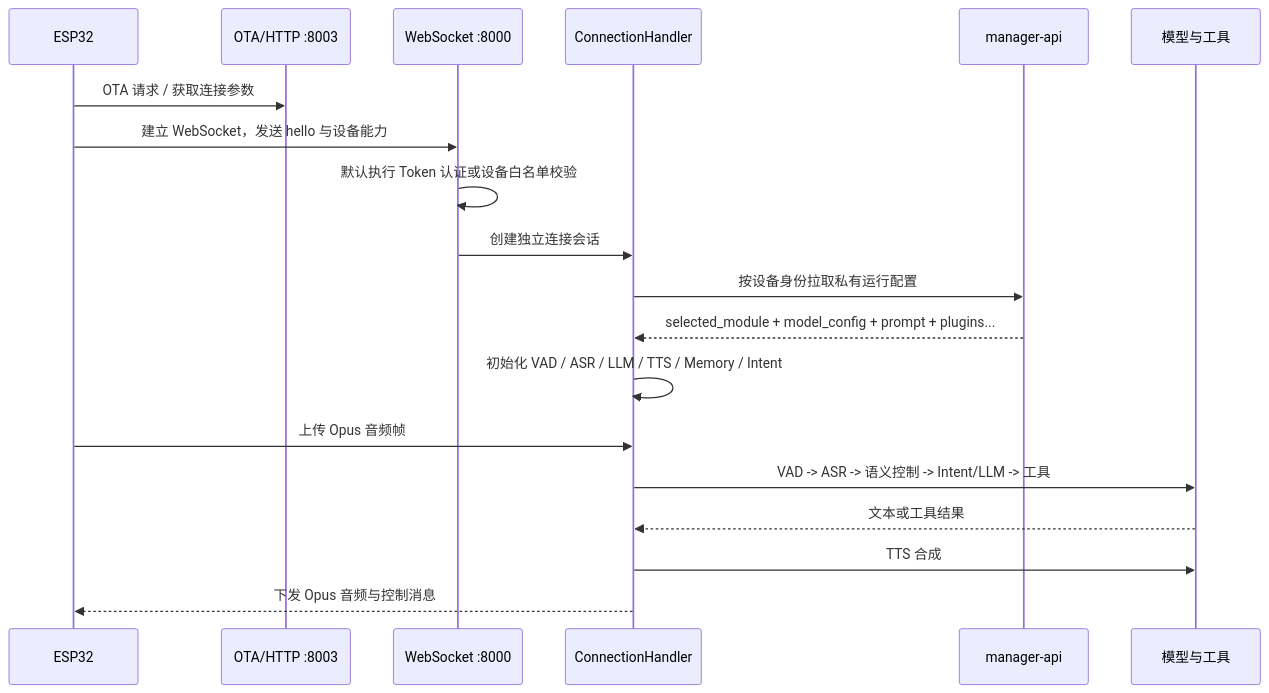
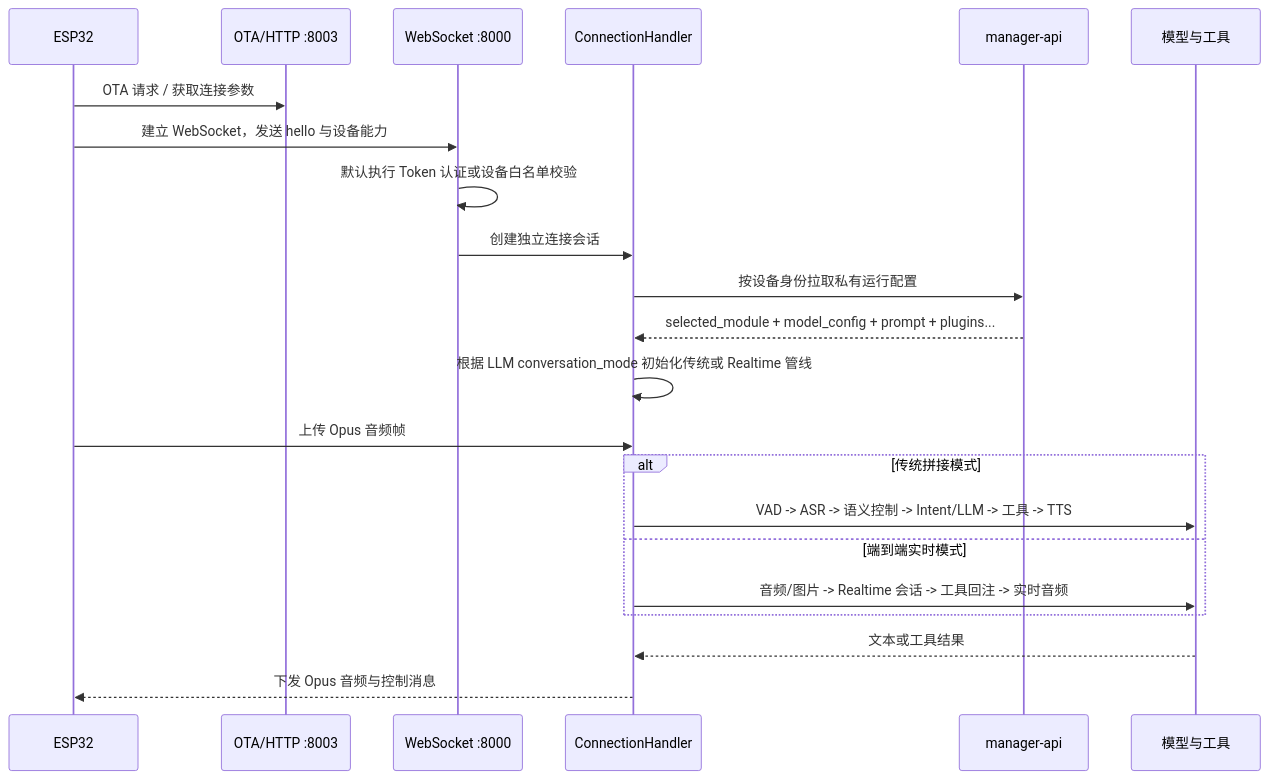
The third of 3 diagrams in docs/architecture/project-architecture.md (ruirui688/xiaozhiserver), drawn with Mermaid before and after one commit. The commit also changed other lines of this file and 58 other files, not shown here.

````diff
--- a/docs/architecture/project-architecture.md
+++ b/docs/architecture/project-architecture.md
@@ -106,22 +119,25 @@
 ```mermaid
 sequenceDiagram
     participant D as ESP32
     participant O as OTA/HTTP :8003
     participant W as WebSocket :8000
     participant C as ConnectionHandler
     participant A as manager-api
     participant M as 模型与工具
 
     D->>O: OTA 请求 / 获取连接参数
     D->>W: 建立 WebSocket，发送 hello 与设备能力
     W->>W: 默认执行 Token 认证或设备白名单校验
     W->>C: 创建独立连接会话
     C->>A: 按设备身份拉取私有运行配置
     A-->>C: selected_module + model_config + prompt + plugins...
-    C->>C: 初始化 VAD / ASR / LLM / TTS / Memory / Intent
+    C->>C: 根据 LLM conversation_mode 初始化传统或 Realtime 管线
     D->>C: 上传 Opus 音频帧
-    C->>M: VAD -> ASR -> 语义控制 -> Intent/LLM -> 工具
+    alt 传统拼接模式
+        C->>M: VAD -> ASR -> 语义控制 -> Intent/LLM -> 工具 -> TTS
+    else 端到端实时模式
+        C->>M: 音频/图片 -> Realtime 会话 -> 工具回注 -> 实时音频
+    end
     M-->>C: 文本或工具结果
-    C->>M: TTS 合成
     C-->>D: 下发 Opus 音频与控制消息
 ```
````
